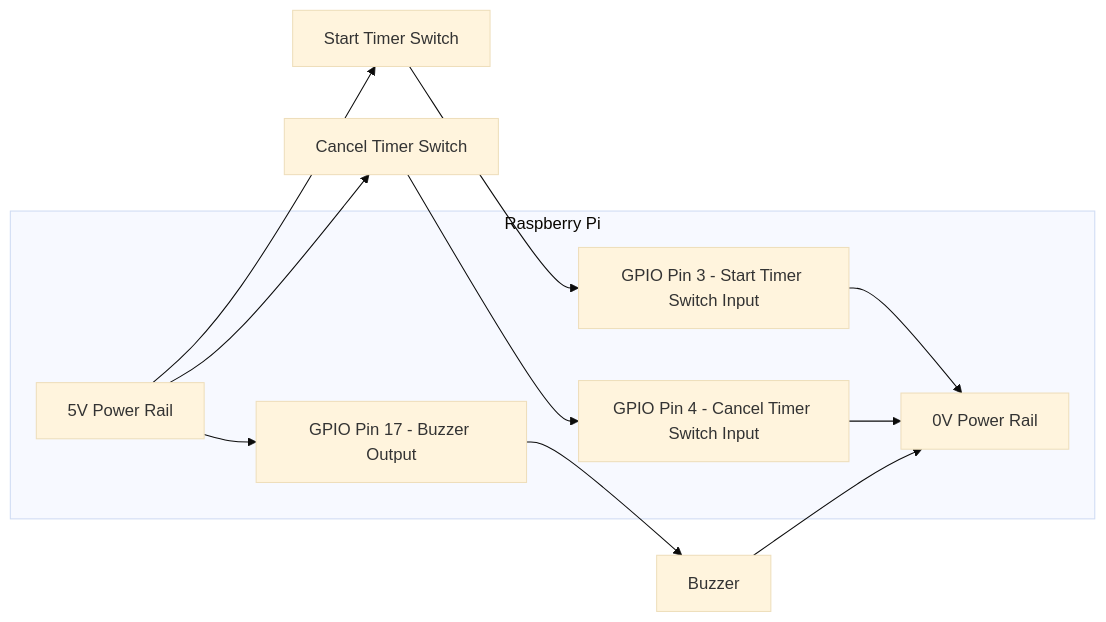
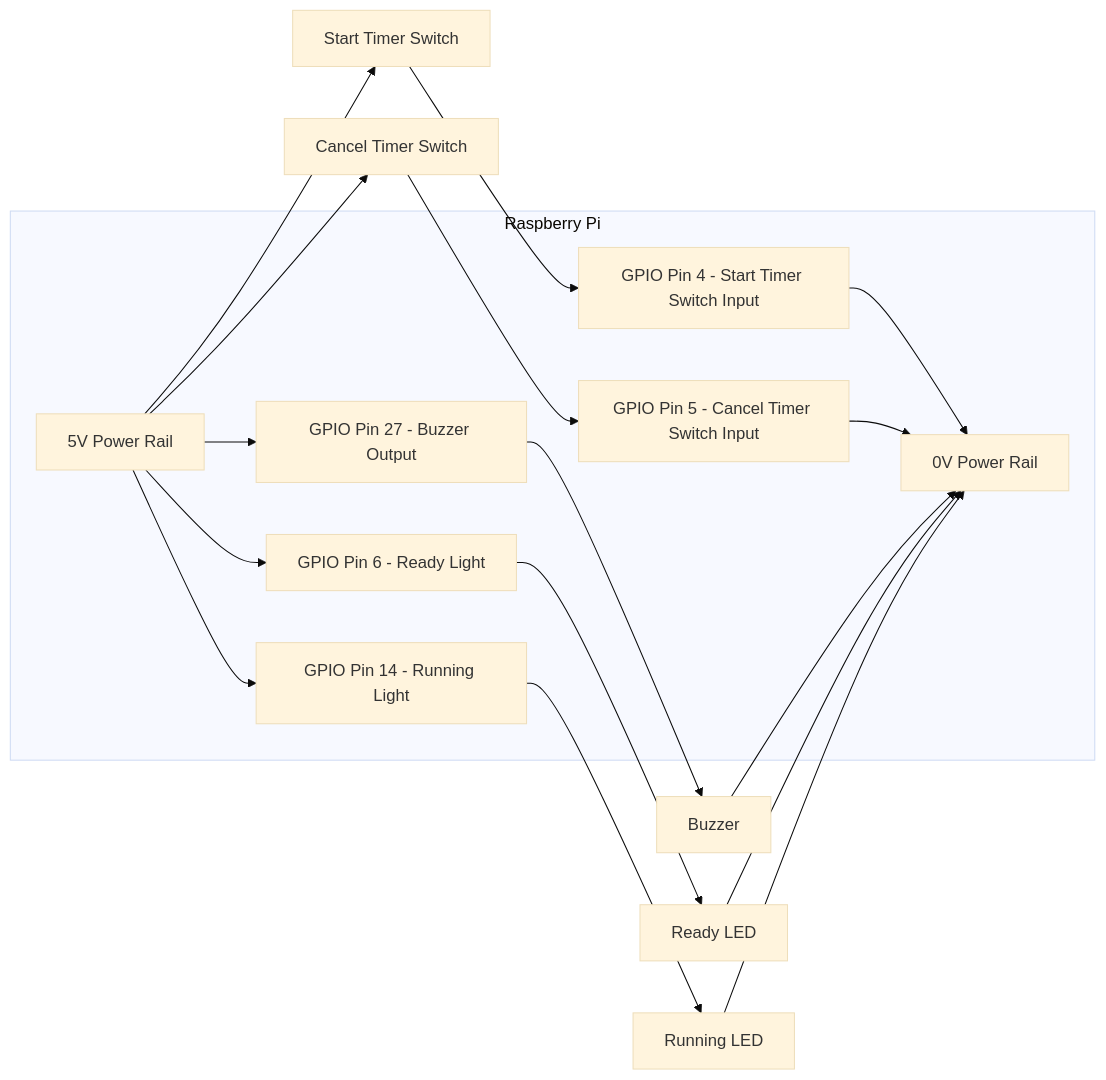
Before and after one commit to AntonyM71/AEMS: the diagram in Timer/Hardware.md, drawn with Mermaid (base theme).

Commit message:
Update hardware diagram

````diff
--- a/Timer/Hardware.md
+++ b/Timer/Hardware.md
@@ -20,23 +20,31 @@
 ```mermaid
 graph LR
     subgraph RaspberryPi[Raspberry Pi]
-        GPIO3[GPIO Pin 3 - Start Timer Switch Input]
-        GPIO4[GPIO Pin 4 - Cancel Timer Switch Input]
-        GPIO17[GPIO Pin 17 - Buzzer Output]
+        GPIO3[GPIO Pin 4 - Start Timer Switch Input]
+        GPIO4[GPIO Pin 5 - Cancel Timer Switch Input]
+        GPIO27[GPIO Pin 27 - Buzzer Output]
+        GPIO6[GPIO Pin 6 - Ready Light]
+        GPIO14[GPIO Pin 14 - Running Light]
         PowerRail5V[5V Power Rail]
         Ground[0V Power Rail]
     end
 
     PowerRail5V[5V Power Rail] -->  Switch1[Start Timer Switch]
     PowerRail5V --> Switch2[Cancel Timer Switch]
-    PowerRail5V --> GPIO17
+    PowerRail5V --> GPIO27
+    PowerRail5V --> GPIO6
+    PowerRail5V --> GPIO14
 
     Switch1[Start Timer Switch] -->  GPIO3
     Switch2[Cancel Timer Switch] --> GPIO4
-    GPIO17 --> Buzzer[Buzzer]
+    GPIO27 --> Buzzer[Buzzer]
+    GPIO6 --> ReadyLED[Ready LED]
+    GPIO14 --> RunningLED[Running LED]
     GPIO3 --> Ground
     GPIO4 --> Ground
     Buzzer --> Ground
+    ReadyLED --> Ground
+    RunningLED --> Ground
 
 
 ```
````
